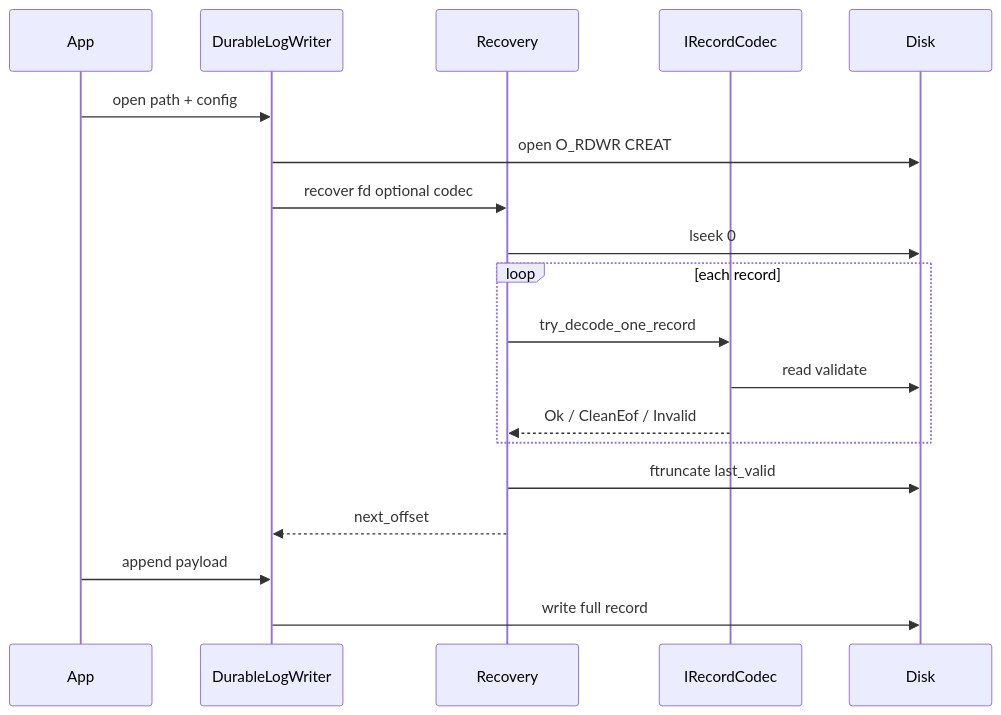
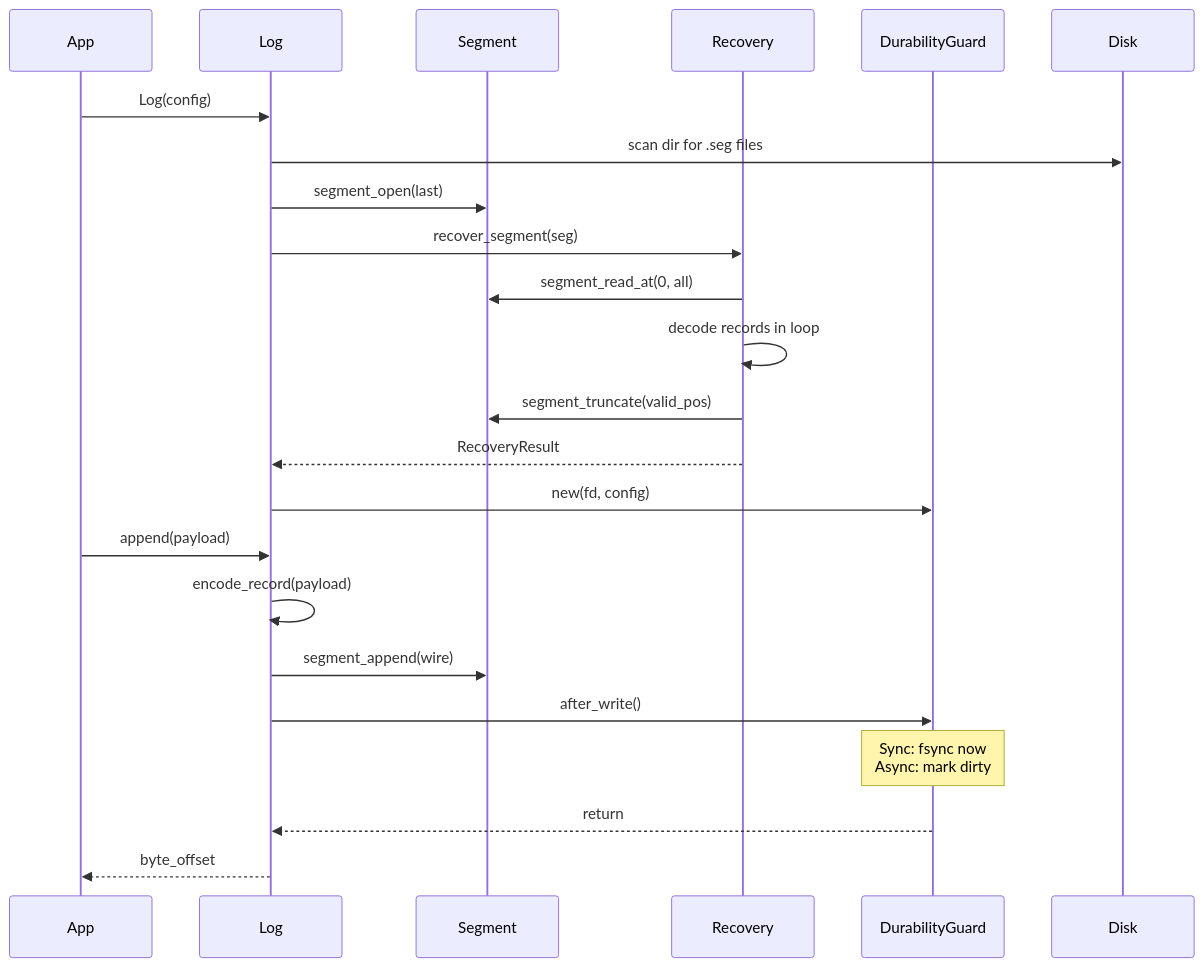
One commit to arijit780/log_aggregator changed the fourth of 6 diagrams in docs/architecture.md. Above: the diagram before and after it, drawn with Mermaid. The commit also changed other lines of this file and 72 other files, not shown here.

````diff
--- a/docs/architecture.md
+++ b/docs/architecture.md
@@ -103,22 +139,27 @@
 ```mermaid
 sequenceDiagram
   participant App
-  participant DurableLogWriter
+  participant Log
+  participant Segment
   participant Recovery
-  participant Codec as IRecordCodec
+  participant DurabilityGuard
   participant Disk
 
-  App->>DurableLogWriter: open path + config
-  DurableLogWriter->>Disk: open O_RDWR CREAT
-  DurableLogWriter->>Recovery: recover fd optional codec
-  Recovery->>Disk: lseek 0
-  loop each record
-    Recovery->>Codec: try_decode_one_record
-    Codec->>Disk: read validate
-    Codec-->>Recovery: Ok / CleanEof / Invalid
-  end
-  Recovery->>Disk: ftruncate last_valid
-  Recovery-->>DurableLogWriter: next_offset
-  App->>DurableLogWriter: append payload
-  DurableLogWriter->>Disk: write full record
+  App->>Log: Log(config)
+  Log->>Disk: scan dir for .seg files
+  Log->>Segment: segment_open(last)
+  Log->>Recovery: recover_segment(seg)
+  Recovery->>Segment: segment_read_at(0, all)
+  Recovery->>Recovery: decode records in loop
+  Recovery->>Segment: segment_truncate(valid_pos)
+  Recovery-->>Log: RecoveryResult
+  Log->>DurabilityGuard: new(fd, config)
+
+  App->>Log: append(payload)
+  Log->>Log: encode_record(payload)
+  Log->>Segment: segment_append(wire)
+  Log->>DurabilityGuard: after_write()
+  Note over DurabilityGuard: Sync: fsync now<br/>Async: mark dirty
+  DurabilityGuard-->>Log: return
+  Log-->>App: byte_offset
 ```
````
